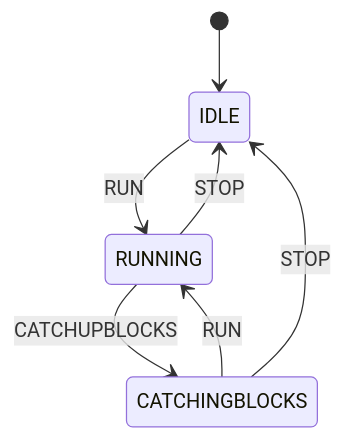
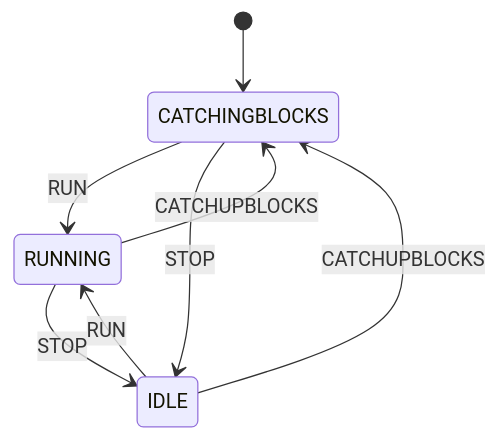
One commit to oskarszoon/teranode changed the diagram in docs/topics/architecture/img/fsmDiagram.mermaid. Above: the diagram before and after it, drawn with Mermaid. The commit also changed 11 other files, not shown here.

```diff
--- a/docs/topics/architecture/img/fsmDiagram.mermaid
+++ b/docs/topics/architecture/img/fsmDiagram.mermaid
@@ -1,7 +1,8 @@
 stateDiagram-v2
-    [*] --> IDLE
+    [*] --> CATCHINGBLOCKS
+    IDLE --> CATCHINGBLOCKS: CATCHUPBLOCKS
     IDLE --> RUNNING: RUN
     RUNNING --> CATCHINGBLOCKS: CATCHUPBLOCKS
     CATCHINGBLOCKS --> RUNNING: RUN
     RUNNING --> IDLE: STOP
     CATCHINGBLOCKS --> IDLE: STOP
```
